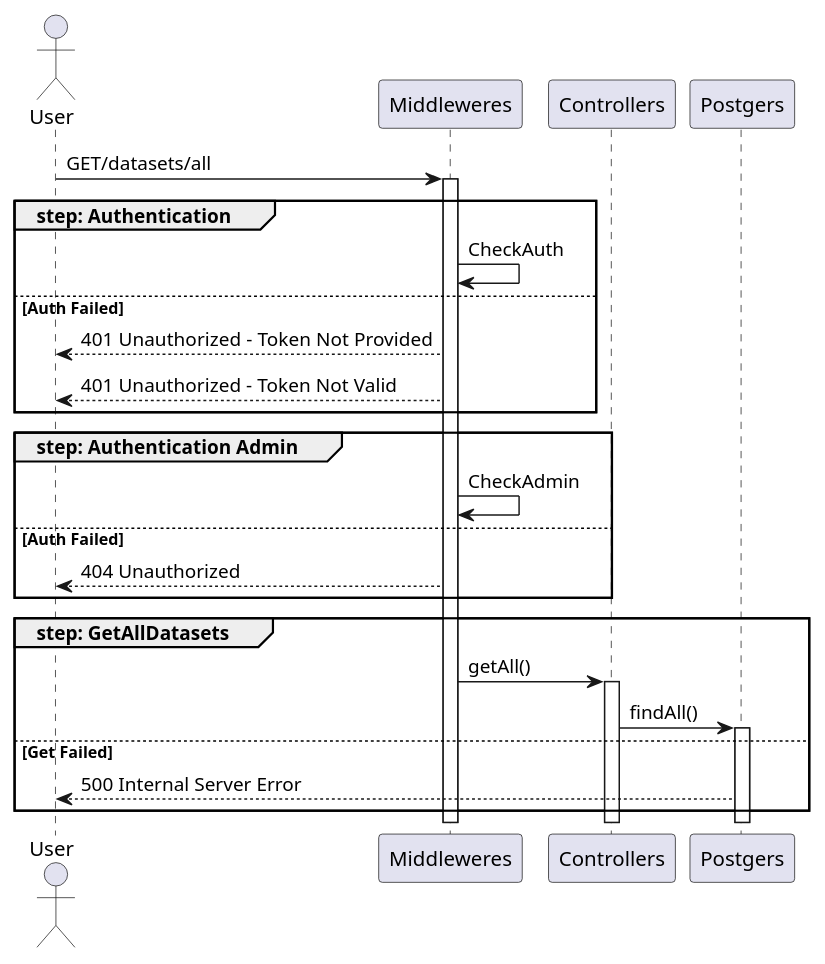
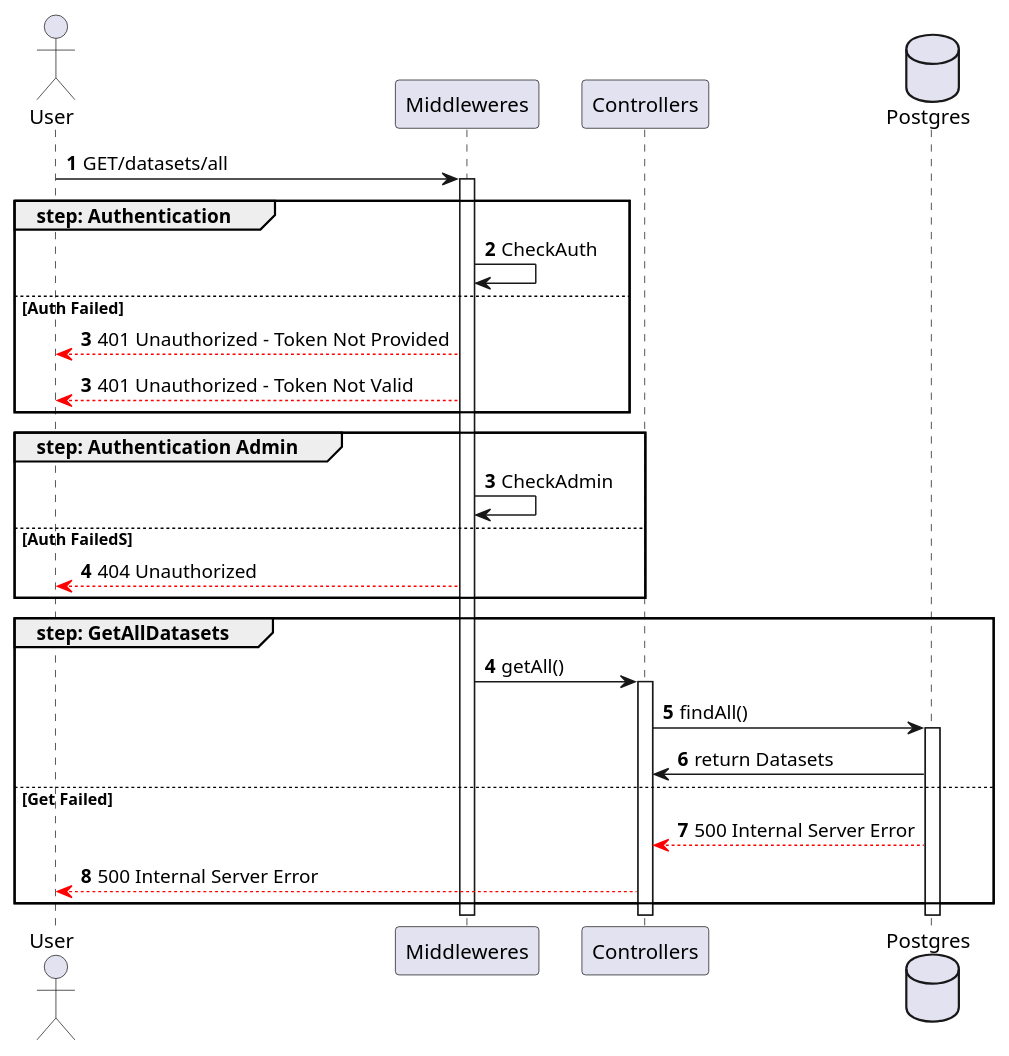
Before and after one commit to ShadowWalker1411/ProgrammazioneAvanzataREPO: the diagram in sequence_diagrams/GetAllDatasets.puml, drawn with PlantUML. The commit also changed 1 other file, not shown here.

Commit message:
diagrammi

```diff
--- a/sequence_diagrams/GetAllDatasets.puml
+++ b/sequence_diagrams/GetAllDatasets.puml
@@ -1,30 +1,37 @@
 @startuml
 
 actor User
 participant Middleweres
 participant Controllers
-participant Postgers
+database Postgres
 
+autonumber
 User -> Middleweres ++: GET/datasets/all
 group step: Authentication
     Middleweres -> Middleweres : CheckAuth 
 else Auth Failed
-    Middleweres --> User : 401 Unauthorized - Token Not Provided
-    Middleweres --> User : 401 Unauthorized - Token Not Valid
+autonumber 3
+    Middleweres --[#red]> User : 401 Unauthorized - Token Not Provided
+autonumber 3
+    Middleweres --[#red]> User : 401 Unauthorized - Token Not Valid
 end
-
+autonumber 3 
 group step: Authentication Admin
     Middleweres -> Middleweres : CheckAdmin 
-else Auth Failed
-    Middleweres --> User : 404 Unauthorized
+else Auth FailedS
+autonumber 4
+    Middleweres --[#red]> User : 404 Unauthorized
 end
-
+autonumber 4
 group step: GetAllDatasets
     Middleweres -> Controllers ++: getAll()
-    Controllers -> Postgers ++: findAll()
+    Controllers -> Postgres ++: findAll()
+    Postgres -> Controllers: return Datasets
 else Get Failed
-    Postgers --> User : 500 Internal Server Error
+    Postgres --[#red]> Controllers : 500 Internal Server Error
+    Controllers --[#red]> User : 500 Internal Server Error
+
 end
 
 
 @enduml
```
